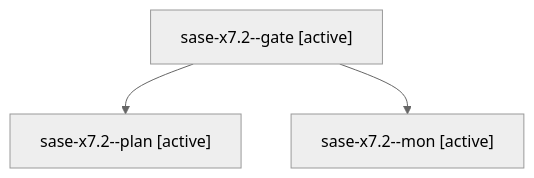
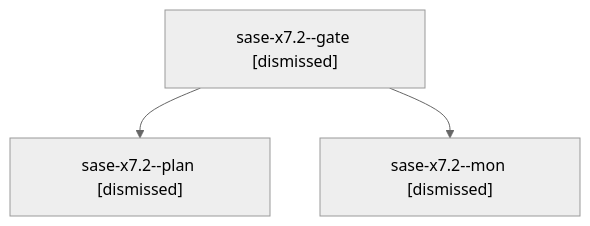
The diagram in sessions/bbugyi200.athena.sase-x7.2.md (sase-org/sase--agents), drawn with Mermaid (neutral theme) before and after one commit. The commit also changed other lines of this file and 397 other files, not shown here.

````diff
--- a/sessions/bbugyi200.athena.sase-x7.2.md
+++ b/sessions/bbugyi200.athena.sase-x7.2.md
@@ -9,8 +9,8 @@
 ```mermaid
 flowchart TD
-  n0["sase-x7.2--gate [active]"]
-  n1["sase-x7.2--plan [active]"]
+  n0["sase-x7.2--gate [dismissed]"]
+  n1["sase-x7.2--plan [dismissed]"]
   n0 --> n1
-  n2["sase-x7.2--mon [active]"]
+  n2["sase-x7.2--mon [dismissed]"]
   n0 --> n2
 ```
````
